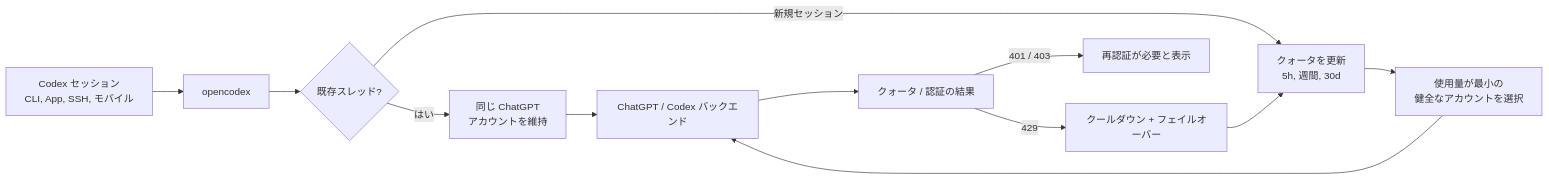
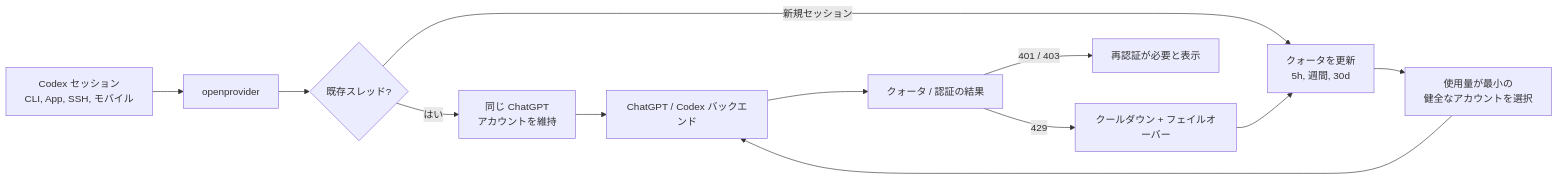
One commit to mDevsLabs/OpenProvider changed the diagram in readme/README.ja.md. Above: the diagram before and after it, drawn with Mermaid. The commit also changed other lines of this file and 1154 other files, not shown here.

````diff
--- a/readme/README.ja.md
+++ b/readme/README.ja.md
@@ -51,14 +51,14 @@
 ```mermaid
 flowchart LR
-  codex[Codex セッション<br/>CLI, App, SSH, モバイル] --> proxy[opencodex]
+  codex[Codex セッション<br/>CLI, App, SSH, モバイル] --> proxy[openprovider]
   proxy --> existing{既存スレッド?}
   existing -->|はい| pinned[同じ ChatGPT<br/>アカウントを維持]
   existing -->|新規セッション| quota[クォータを更新<br/>5h, 週間, 30d]
   quota --> pick[使用量が最小の<br/>健全なアカウントを選択]
   pick --> upstream[ChatGPT / Codex バックエンド]
   pinned --> upstream
   upstream --> outcomes[クォータ / 認証の結果]
   outcomes -->|429| cooldown[クールダウン + フェイルオーバー]
   outcomes -->|401 / 403| reauth[再認証が必要と表示]
   cooldown --> quota
 ```
````
